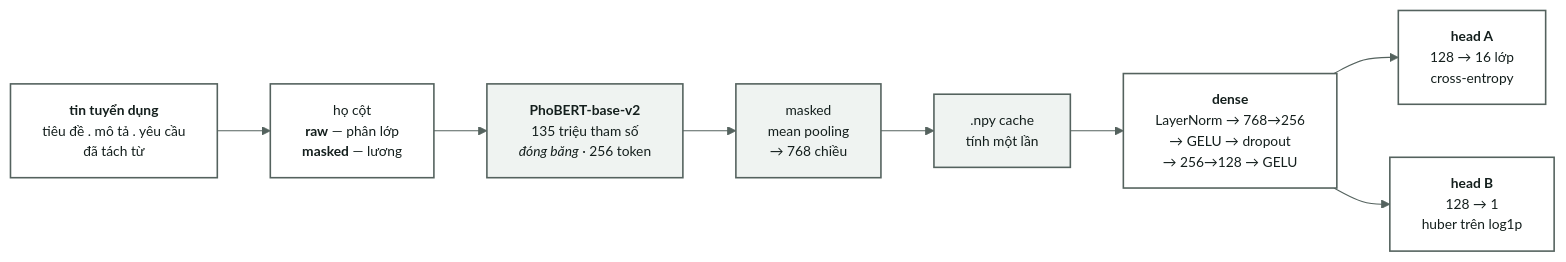
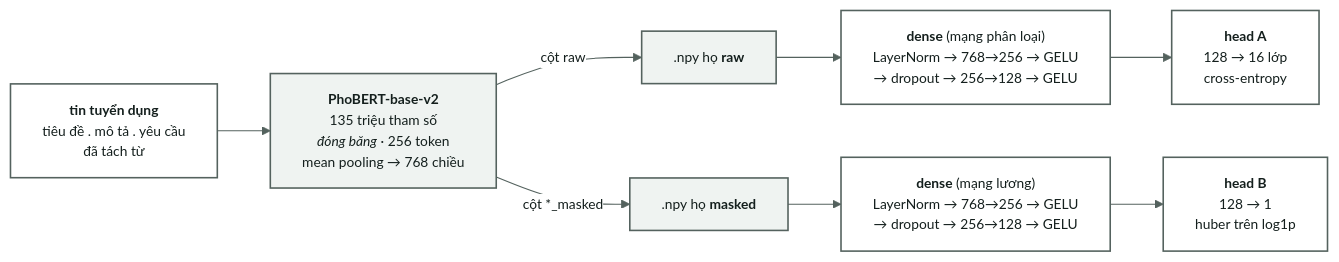
One commit to boy2407/vietjobs changed the diagram in docs/06-baseline-dl.md. Above: the diagram before and after it, drawn with Mermaid. The commit also changed other lines of this file and 50 other files, not shown here.

````diff
--- a/docs/06-baseline-dl.md
+++ b/docs/06-baseline-dl.md
@@ -13,26 +11,25 @@
 ```mermaid
 %%{init:{'theme':'base','themeVariables':{
   'primaryColor':'#EFF3F1','primaryTextColor':'#141F1D','primaryBorderColor':'#54625E',
   'lineColor':'#54625E','fontSize':'13px','fontFamily':'Be Vietnam Pro, Segoe UI, sans-serif',
   'clusterBkg':'#FFFFFF','clusterBorder':'#C3CFCB','edgeLabelBackground':'#FFFFFF',
   'secondaryColor':'#FFFFFF','tertiaryColor':'#FFFFFF','mainBkg':'#FFFFFF',
   'nodeTextColor':'#141F1D','titleColor':'#141F1D'}}}%%
 flowchart LR
     classDef default fill:#FFFFFF,stroke:#54625E,stroke-width:1.5px,color:#141F1D
     T["<b>tin tuyển dụng</b><br/>tiêu đề . mô tả . yêu cầu<br/>đã tách từ"]
-    R["họ cột<br/><b>raw</b> — phân lớp<br/><b>masked</b> — lương"]
-    P["<b>PhoBERT-base-v2</b><br/>135 triệu tham số<br/><i>đóng băng</i> · 256 token"]
-    M["masked<br/>mean pooling<br/>→ 768 chiều"]
-    C[".npy cache<br/>tính một lần"]
-    D["<b>dense</b><br/>LayerNorm → 768→256<br/>→ GELU → dropout<br/>→ 256→128 → GELU"]
+    P["<b>PhoBERT-base-v2</b><br/>135 triệu tham số<br/><i>đóng băng</i> · 256 token<br/>mean pooling → 768 chiều"]
+    CR[".npy họ <b>raw</b>"]
+    CM[".npy họ <b>masked</b>"]
+    DA["<b>dense</b> (mạng phân loại)<br/>LayerNorm → 768→256 → GELU<br/>→ dropout → 256→128 → GELU"]
+    DB["<b>dense</b> (mạng lương)<br/>LayerNorm → 768→256 → GELU<br/>→ dropout → 256→128 → GELU"]
     A["<b>head A</b><br/>128 → 16 lớp<br/>cross-entropy"]
     B["<b>head B</b><br/>128 → 1<br/>huber trên log1p"]
 
-    T --> R --> P --> M --> C --> D
-    D --> A
-    D --> B
+    T --> P
+    P -->|"cột raw"| CR --> DA --> A
+    P -->|"cột *_masked"| CM --> DB --> B
 
     classDef frozen fill:#EFF3F1,stroke:#54625E,stroke-width:1.5px
-    classDef done fill:#E2F0EC,stroke:#0E6B5B,stroke-width:2px,color:#0E6B5B
-    class P,M,C frozen
+    class P,CR,CM frozen
 ```
````
